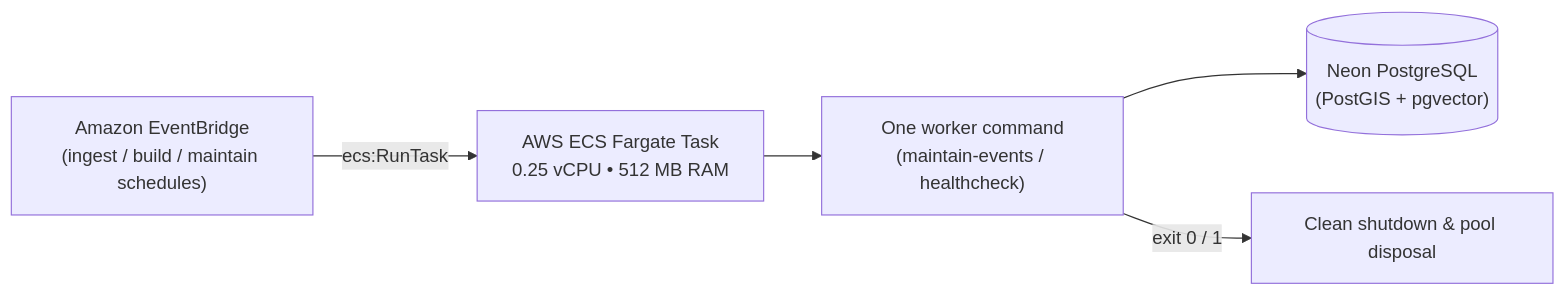
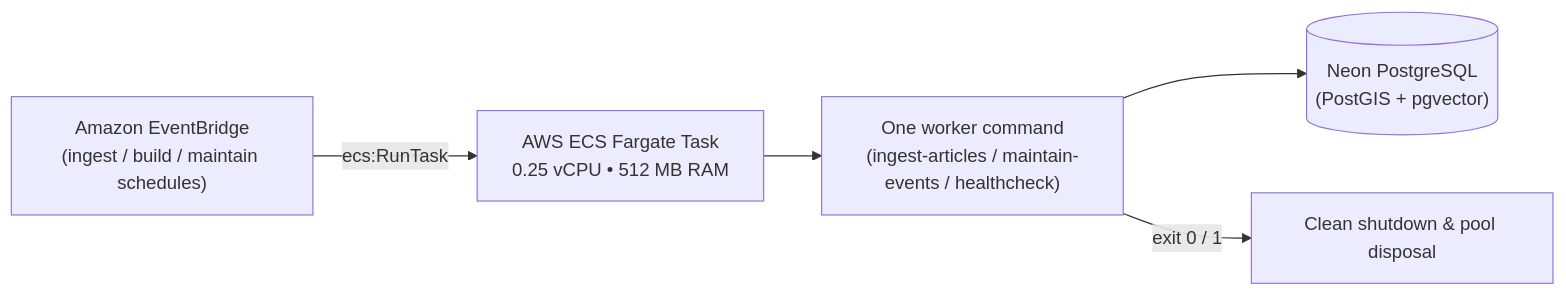
One commit to paavann/hermes changed the diagram in apps/hermes-worker/README.md. Above: the diagram before and after it, drawn with Mermaid. The commit also changed other lines of this file and 23 other files, not shown here.

````diff
--- a/apps/hermes-worker/README.md
+++ b/apps/hermes-worker/README.md
@@ -20,7 +20,7 @@
 ```mermaid
 flowchart LR
     EventBridge["Amazon EventBridge\n(ingest / build / maintain schedules)"] -->|"ecs:RunTask"| Fargate["AWS ECS Fargate Task\n0.25 vCPU • 512 MB RAM"]
-    Fargate --> Command["One worker command\n(maintain-events / healthcheck)"]
+    Fargate --> Command["One worker command\n(ingest-articles / maintain-events / healthcheck)"]
     Command --> NeonDB[("Neon PostgreSQL\n(PostGIS + pgvector)")]
     Command -->|"exit 0 / 1"| Teardown["Clean shutdown & pool disposal"]
 ```
````
